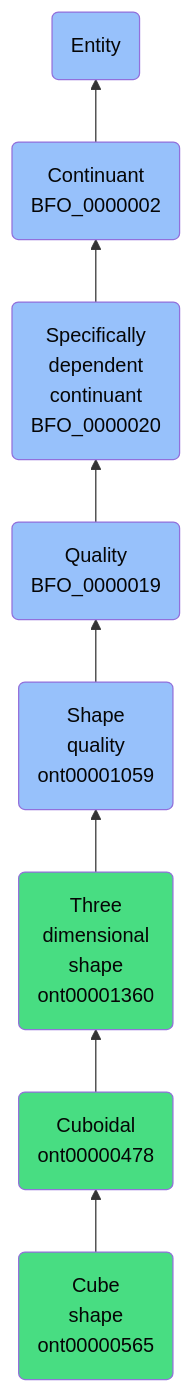
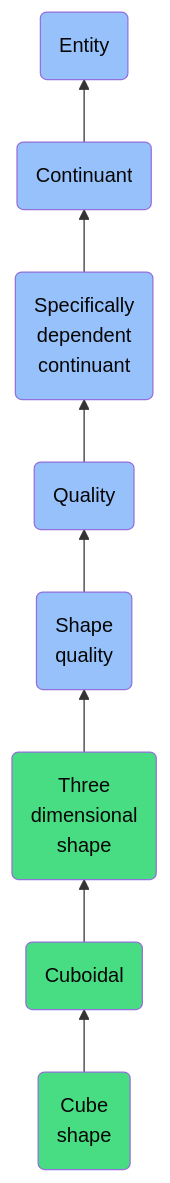
Before and after one commit to jupyter-naas/abi: the diagram in docs/ontology/reference/model/Entity/Continuant/Specifically dependent continuant/Quality/Shape quality/Three dimensional shape/Cuboidal/Cube shape/Cube shape.md, drawn with Mermaid. The commit also changed other lines of this file and 1430 other files, not shown here.

````diff
--- a/docs/ontology/reference/model/Entity/Continuant/Specifically dependent continuant/Quality/Shape quality/Three dimensional shape/Cuboidal/Cube shape/Cube shape.md
+++ b/docs/ontology/reference/model/Entity/Continuant/Specifically dependent continuant/Quality/Shape quality/Three dimensional shape/Cuboidal/Cube shape/Cube shape.md
@@ -24,15 +24,15 @@
 ```mermaid
 graph BT
-    ont00000565(Cube<br>shape<br>ont00000565):::ABI-->ont00000478
-    ont00000478(Cuboidal<br>ont00000478):::ABI-->ont00001360
-    ont00001360(Three<br>dimensional<br>shape<br>ont00001360):::ABI-->ont00001059
-    ont00001059(Shape<br>quality<br>ont00001059):::BFO-->BFO_0000019
-    BFO_0000019(Quality<br>BFO_0000019):::BFO-->BFO_0000020
-    BFO_0000020(Specifically<br>dependent<br>continuant<br>BFO_0000020):::BFO-->BFO_0000002
-    BFO_0000002(Continuant<br>BFO_0000002):::BFO-->BFO_0000001
+    ont00000565(Cube<br>shape):::ABI-->ont00000478
+    ont00000478(Cuboidal):::ABI-->ont00001360
+    ont00001360(Three<br>dimensional<br>shape):::ABI-->ont00001059
+    ont00001059(Shape<br>quality):::BFO-->BFO_0000019
+    BFO_0000019(Quality):::BFO-->BFO_0000020
+    BFO_0000020(Specifically<br>dependent<br>continuant):::BFO-->BFO_0000002
+    BFO_0000002(Continuant):::BFO-->BFO_0000001
     BFO_0000001(Entity):::BFO
     
     classDef BFO fill:#97c1fb,color:#060606
     classDef CCO fill:#e4c51e,color:#060606
     classDef ABI fill:#48DD82,color:#060606
 ```
````
